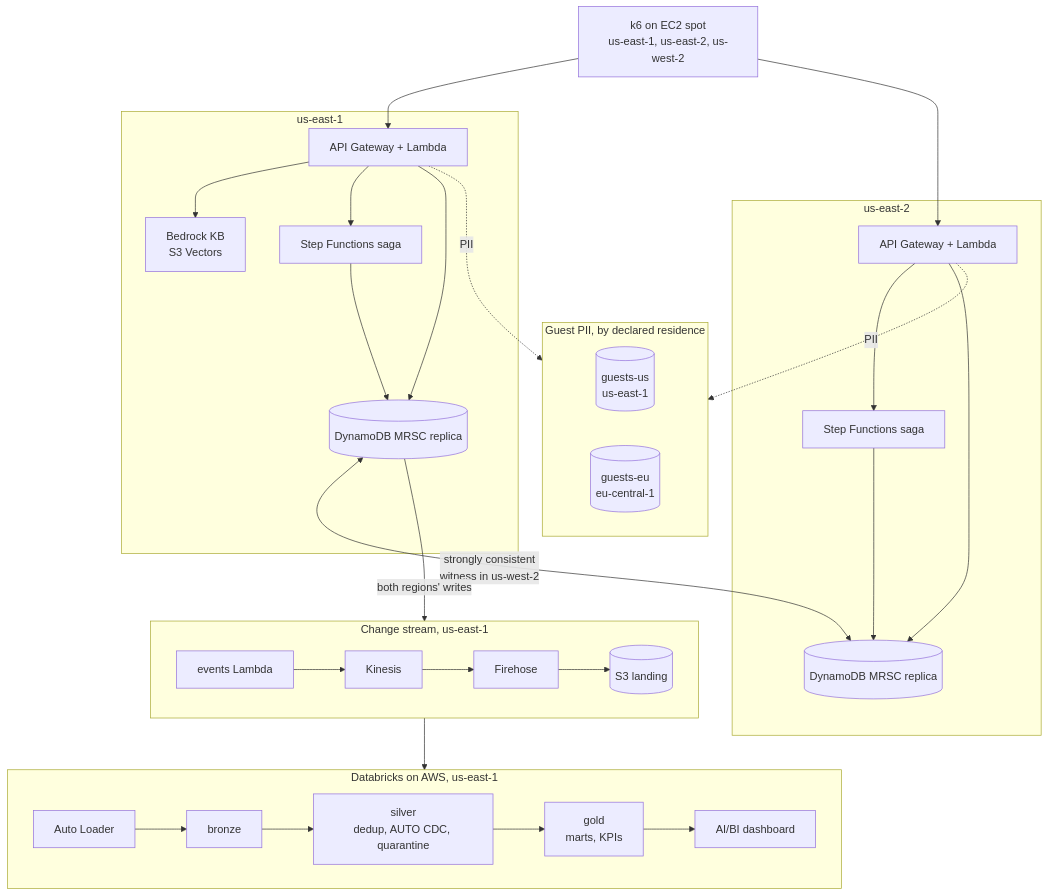
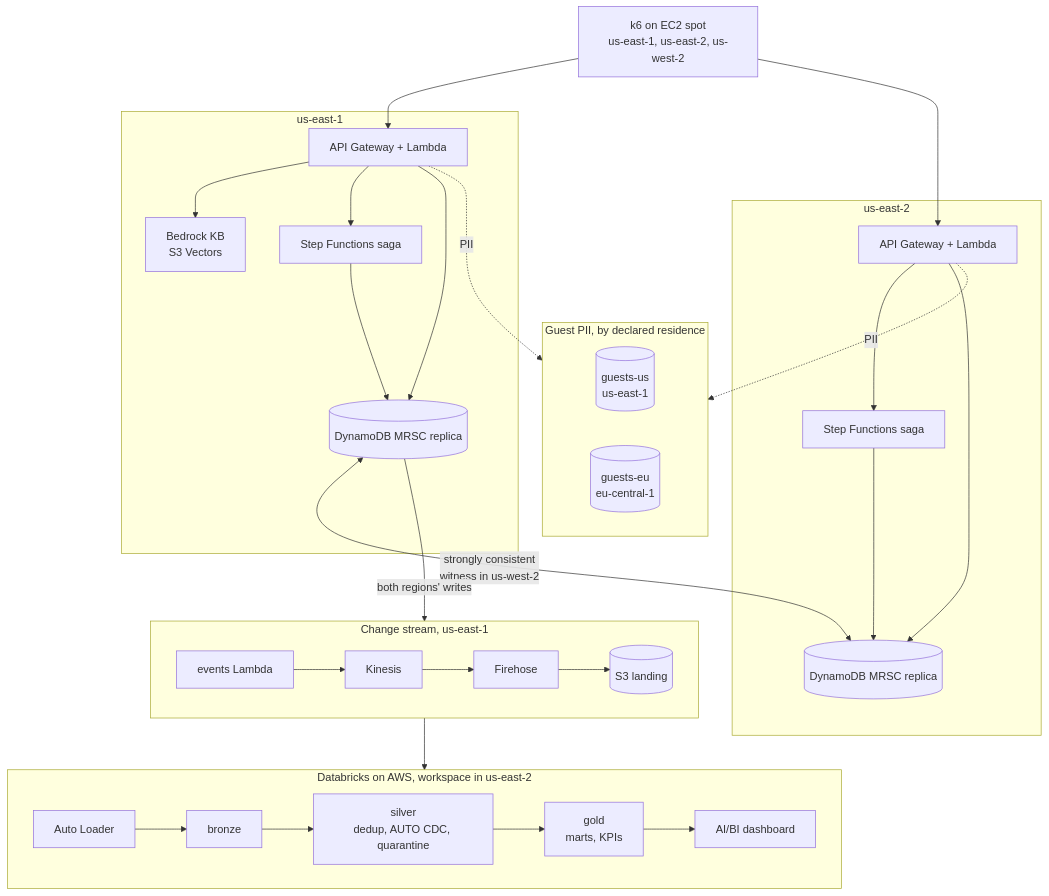
One commit to AlexBormotov/databricks-multi-region-booking-aws changed the diagram in README.md. Above: the diagram before and after it, drawn with Mermaid. The commit also changed other lines of this file and 51 other files, not shown here.

````diff
--- a/README.md
+++ b/README.md
@@ -29,44 +40,44 @@
 ```mermaid
 flowchart TB
   k6["k6 on EC2 spot<br/>us-east-1, us-east-2, us-west-2"]
 
   subgraph e1[us-east-1]
     api1[API Gateway + Lambda]
     saga1[Step Functions saga]
     t1[(DynamoDB MRSC replica)]
     kb[Bedrock KB<br/>S3 Vectors]
   end
 
   subgraph e2[us-east-2]
     api2[API Gateway + Lambda]
     saga2[Step Functions saga]
     t2[(DynamoDB MRSC replica)]
   end
 
   subgraph pii[Guest PII, by declared residence]
     direction LR
     gus[(guests-us<br/>us-east-1)]
     geu[(guests-eu<br/>eu-central-1)]
   end
 
   subgraph stream[Change stream, us-east-1]
     direction LR
     ev[events Lambda] --> kin[Kinesis] --> fh[Firehose] --> s3[(S3 landing)]
   end
 
-  subgraph dbx[Databricks on AWS, us-east-1]
+  subgraph dbx[Databricks on AWS, workspace in us-east-2]
     direction LR
     al[Auto Loader] --> br[bronze] --> sv[silver<br/>dedup, AUTO CDC, quarantine] --> gd[gold<br/>marts, KPIs] --> dash[AI/BI dashboard]
   end
 
   k6 --> api1 & api2
   api1 --> kb
   api1 --> saga1 --> t1
   api2 --> saga2 --> t2
   api1 --> t1
   api2 --> t2
   t1 <-->|"strongly consistent<br/>witness in us-west-2"| t2
   api1 & api2 -.->|PII| pii
   t1 -->|both regions' writes| stream
   stream --> dbx
 ```
````
